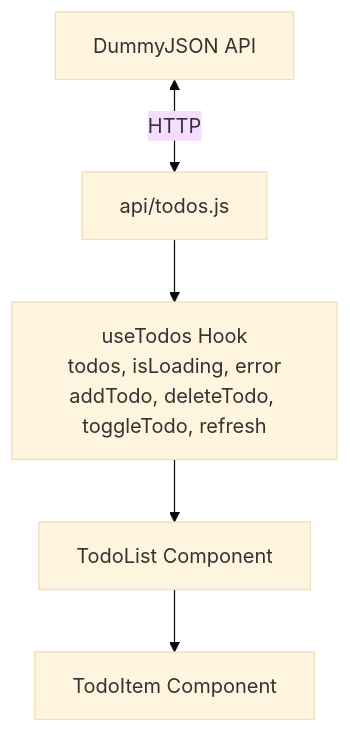
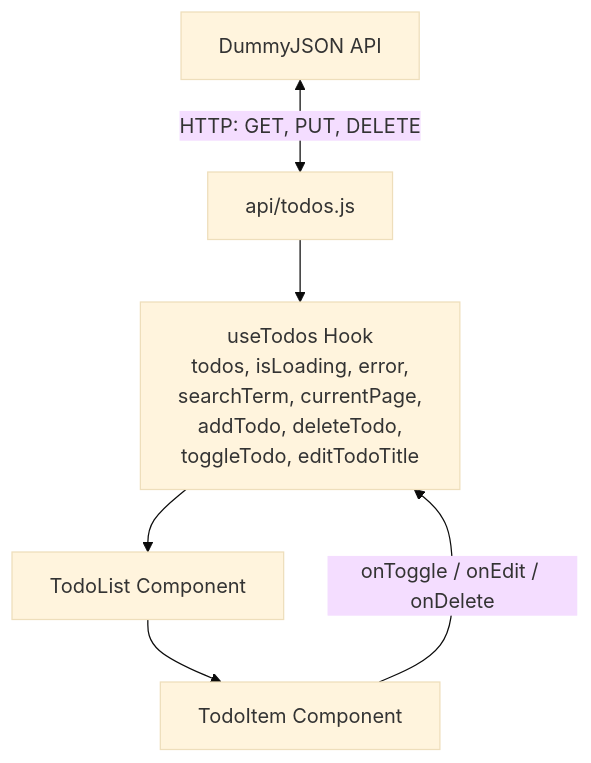
One commit to AlinaSalovyk/Todo changed the second of 2 diagrams in lab4/README.md. Above: the diagram before and after it, drawn with Mermaid (base theme). The commit also changed other lines of this file, not shown here.

````diff
--- a/lab4/README.md
+++ b/lab4/README.md
@@ -76,15 +93,17 @@
 ```mermaid
 flowchart TB
     DummyJSON[DummyJSON API]
     TodosAPI[api/todos.js]
 
-    useTodos[useTodos Hook<br/>todos, isLoading, error<br/>addTodo, deleteTodo, toggleTodo, refresh]
+    useTodos[useTodos Hook<br/>todos, isLoading, error,<br/>searchTerm, currentPage,<br/>addTodo, deleteTodo,<br/>toggleTodo, editTodoTitle]
 
     TodoList[TodoList Component]
     TodoItem[TodoItem Component]
 
-    DummyJSON <-->|HTTP| TodosAPI
+    DummyJSON <-->|HTTP: GET, PUT, DELETE| TodosAPI
     TodosAPI --> useTodos
     useTodos --> TodoList
     TodoList --> TodoItem
+    TodoItem -->|onToggle / onEdit / onDelete| useTodos
+
 ```
````
